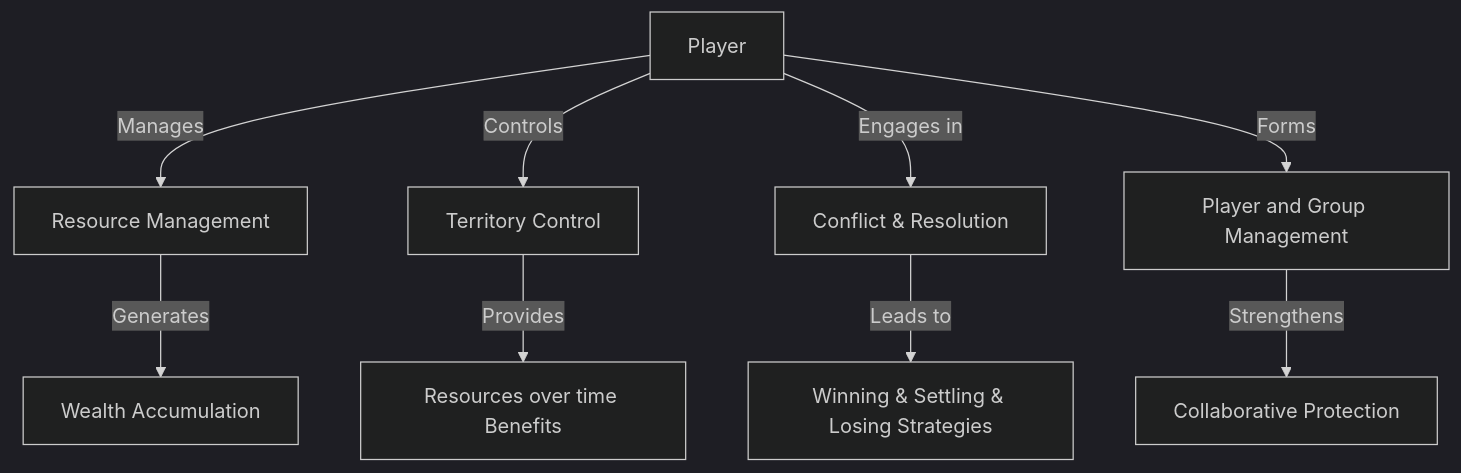
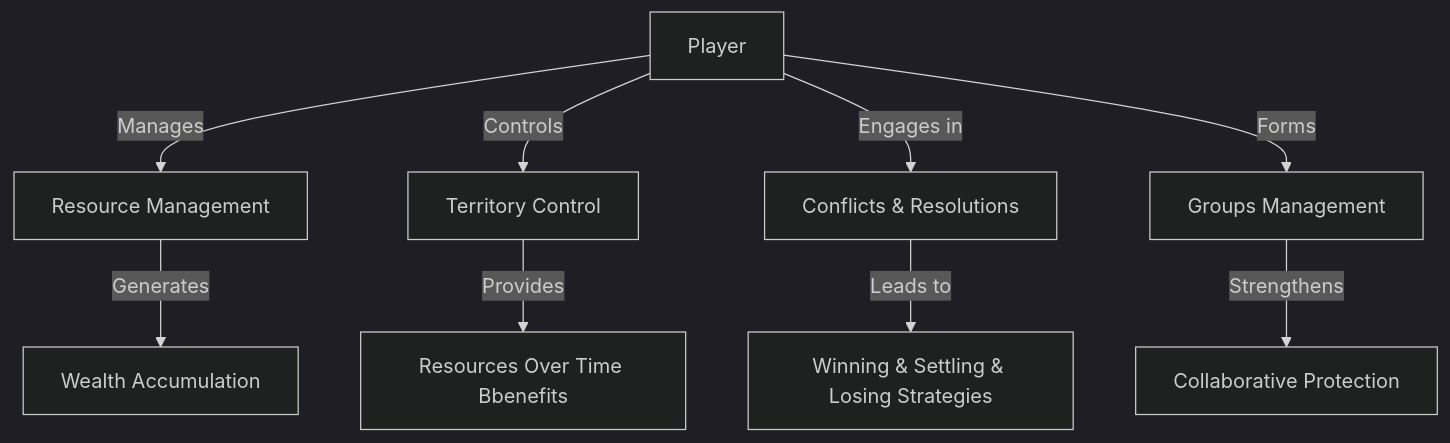
Before and after one commit to cyberpunk042/wargames-framework: the second of 2 diagrams in README.md, drawn with Mermaid (dark theme). The commit also changed other lines of this file, not shown here.

````diff
--- a/README.md
+++ b/README.md
@@ -106,11 +106,11 @@
 ```mermaid
 graph TD;
     Player[Player] -->|Manages| Resources[Resource Management]
     Player -->|Controls| Locations[Territory Control]
-    Player -->|Engages in| Interactions[Conflict & Resolution]  
-    Player -->|Forms| Alliances[Player and Group Management]
+    Player -->|Engages in| Interactions[Conflicts & Resolutions]  
+    Player -->|Forms| Alliances[Groups Management]
     Resources -->|Generates| Wealth[Wealth Accumulation]
-    Locations -->|Provides| Advantages[Resources over time Benefits]
+    Locations -->|Provides| Advantages[Resources Over Time Bbenefits]
     Interactions -->|Leads to| Outcomes[Winning & Settling & Losing Strategies]
     Alliances -->|Strengthens| Defense[Collaborative Protection]
 ```
````
